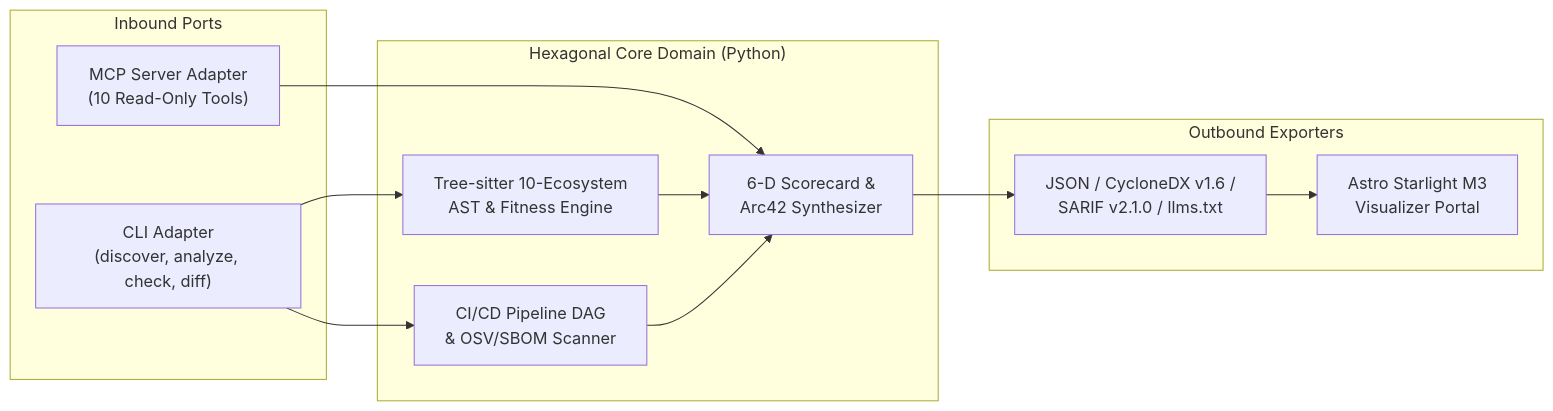
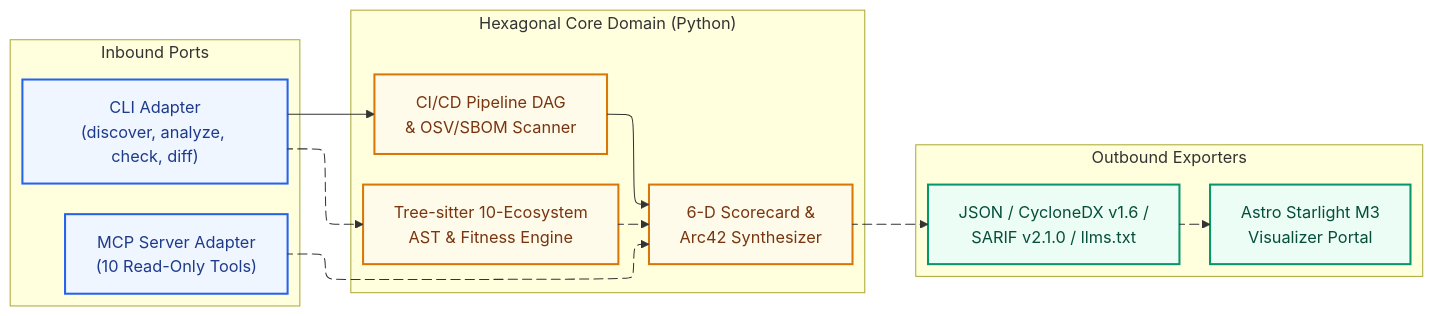
One commit to kumarshaz/kumarshaz.github.io changed the second of 2 diagrams in src/content/foundry/reusable-architecture-products.md. Above: the diagram before and after it, drawn with Mermaid. The commit also changed other lines of this file and 22 other files, not shown here.

Commit message:
feat(blog): review 6 new posts, add hero banners, and upgrade Mermaid v12 with ELK & Tidy-Tree

````diff
--- a/src/content/foundry/reusable-architecture-products.md
+++ b/src/content/foundry/reusable-architecture-products.md
@@ -54,26 +79,40 @@
 ```mermaid
+---
+config:
+  layout: elk
+---
 flowchart LR
+    classDef inbound fill:#EFF6FF,stroke:#2563EB,stroke-width:2px,color:#1E3A8A
+    classDef core fill:#FFFBEB,stroke:#D97706,stroke-width:2px,color:#78350F
+    classDef outbound fill:#ECFDF5,stroke:#059669,stroke-width:2px,color:#064E3B
+
     subgraph Inbound["Inbound Ports"]
-        CLI["CLI Adapter<br/>(discover, analyze, check, diff)"]
-        MCPPort["MCP Server Adapter<br/>(10 Read-Only Tools)"]
+        CLI["CLI Adapter<br/>(discover, analyze, check, diff)"]:::inbound
+        MCPPort["MCP Server Adapter<br/>(10 Read-Only Tools)"]:::inbound
     end
 
     subgraph Core["Hexagonal Core Domain (Python)"]
-        ASTEngine["Tree-sitter 10-Ecosystem<br/>AST & Fitness Engine"]
-        PipeDAG["CI/CD Pipeline DAG<br/>& OSV/SBOM Scanner"]
-        Scorecard["6-D Scorecard &<br/>Arc42 Synthesizer"]
+        ASTEngine["Tree-sitter 10-Ecosystem<br/>AST & Fitness Engine"]:::core
+        PipeDAG["CI/CD Pipeline DAG<br/>& OSV/SBOM Scanner"]:::core
+        Scorecard["6-D Scorecard &<br/>Arc42 Synthesizer"]:::core
     end
 
     subgraph Outbound["Outbound Exporters"]
-        Artifacts["JSON / CycloneDX v1.6 /<br/>SARIF v2.1.0 / llms.txt"]
-        Portal["Astro Starlight M3<br/>Visualizer Portal"]
+        Artifacts["JSON / CycloneDX v1.6 /<br/>SARIF v2.1.0 / llms.txt"]:::outbound
+        Portal["Astro Starlight M3<br/>Visualizer Portal"]:::outbound
     end
 
-    CLI --> ASTEngine
-    CLI --> PipeDAG
-    MCPPort --> Scorecard
-    ASTEngine --> Scorecard
-    PipeDAG --> Scorecard
-    Scorecard --> Artifacts
-    Artifacts --> Portal
+    CLI e1@--> ASTEngine
+    CLI e2@--> PipeDAG
+    MCPPort e3@--> Scorecard
+    ASTEngine e4@--> Scorecard
+    PipeDAG e5@--> Scorecard
+    Scorecard e6@--> Artifacts
+    Artifacts e7@--> Portal
+
+    e1@{ animate: true }
+    e3@{ animate: true }
+    e4@{ animate: true }
+    e6@{ animate: true }
+    e7@{ animate: true }
 ```
````
